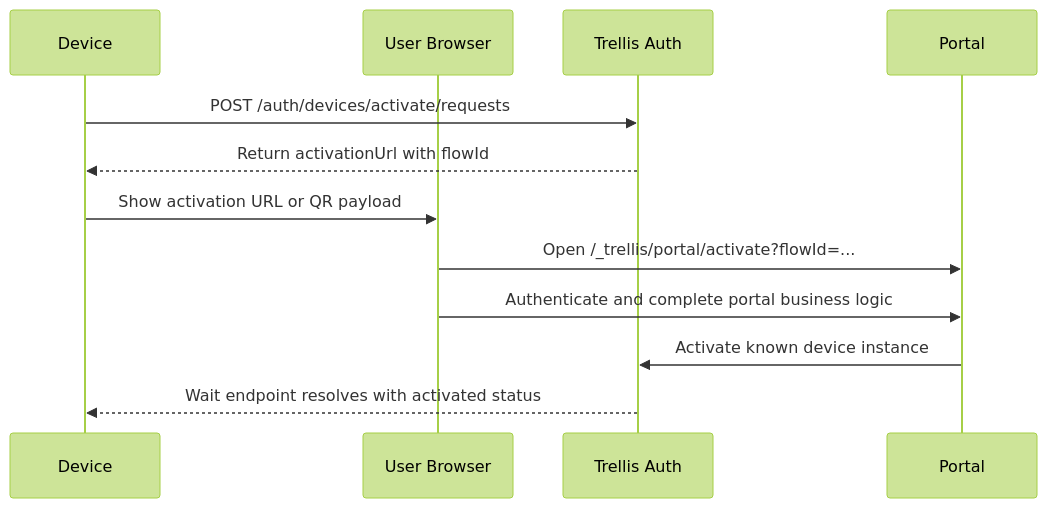
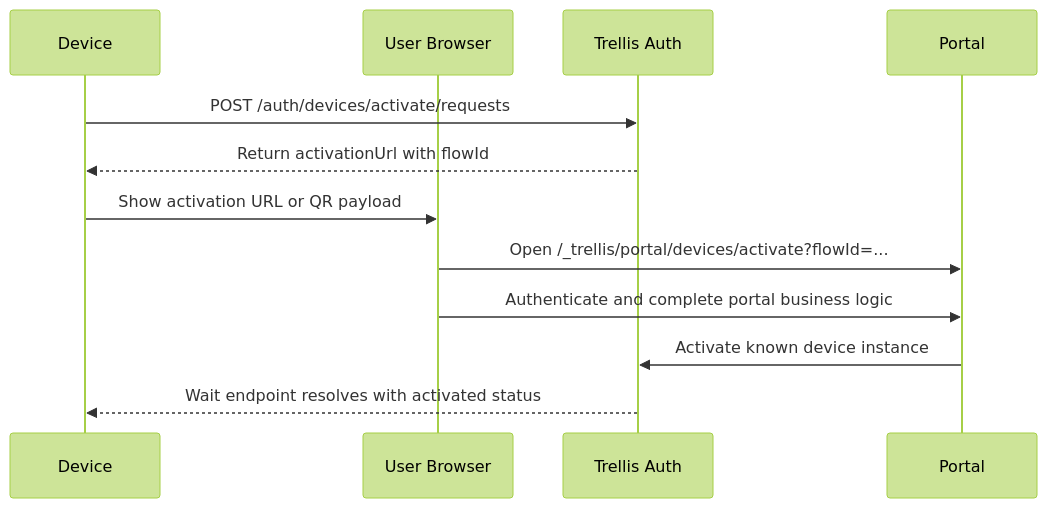
The diagram in design/auth/device-activation.md (Qlever-LLC/trellis), drawn with Mermaid (forest theme) before and after one commit. The commit also changed other lines of this file and 51 other files, not shown here.

First line of the commit message:
refactor(auth): simplify portal auth and activation flows

````diff
--- a/design/auth/device-activation.md
+++ b/design/auth/device-activation.md
@@ -183,15 +183,15 @@
 ```mermaid
 sequenceDiagram
     participant W as Device
     participant U as User Browser
     participant T as Trellis Auth
     participant P as Portal
 
     W->>T: POST /auth/devices/activate/requests
     T-->>W: Return activationUrl with flowId
     W->>U: Show activation URL or QR payload
-    U->>P: Open /_trellis/portal/activate?flowId=...
+    U->>P: Open /_trellis/portal/devices/activate?flowId=...
     U->>P: Authenticate and complete portal business logic
     P->>T: Activate known device instance
     T-->>W: Wait endpoint resolves with activated status
 ```
````
